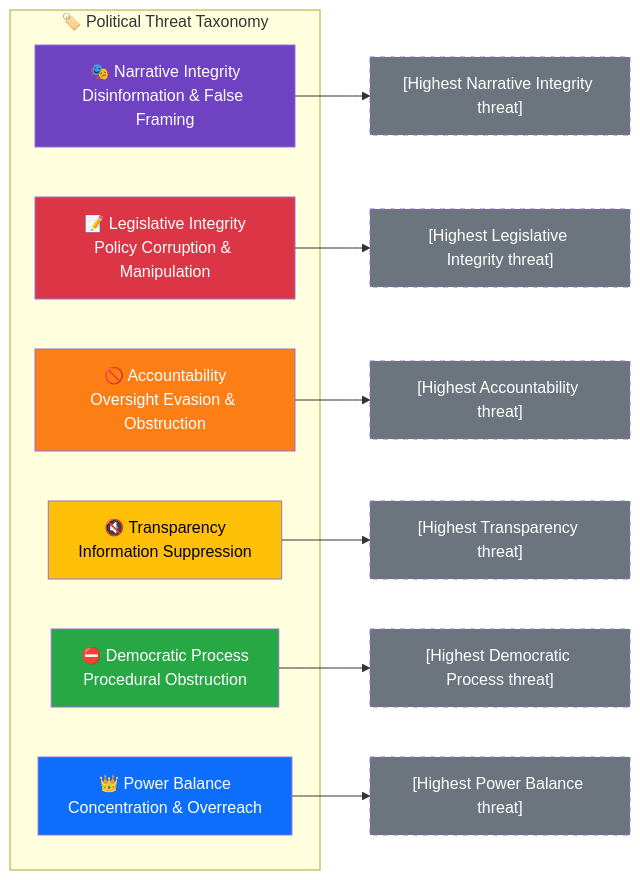
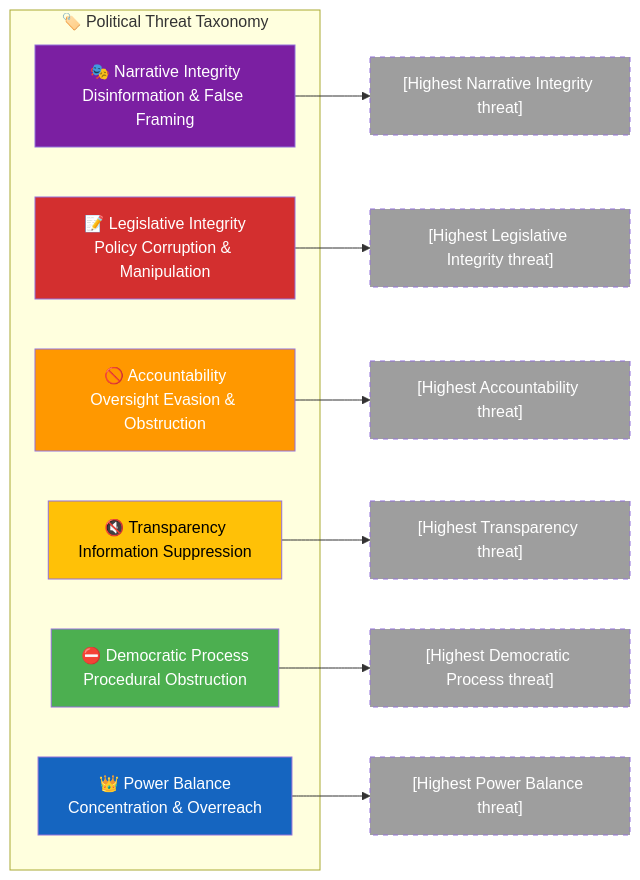
The first of 3 diagrams in analysis/templates/threat-analysis.md (Hack23/riksdagsmonitor), drawn with Mermaid before and after one commit. The commit also changed other lines of this file and 14 other files, not shown here.

First line of the commit message:
Align analysis/ mermaid diagrams with ISMS Style Guide palette and convert SWOT to quadrantChart

````diff
--- a/analysis/templates/threat-analysis.md
+++ b/analysis/templates/threat-analysis.md
@@ -63,32 +63,32 @@
 ```mermaid
 graph LR
     subgraph "🏷️ Political Threat Taxonomy"
         NI["🎭 Narrative Integrity<br/>Disinformation & False Framing"]
         LI["📝 Legislative Integrity<br/>Policy Corruption & Manipulation"]
         AC["🚫 Accountability<br/>Oversight Evasion & Obstruction"]
         TR["🔇 Transparency<br/>Information Suppression"]
         DP["⛔ Democratic Process<br/>Procedural Obstruction"]
         PB["👑 Power Balance<br/>Concentration & Overreach"]
     end
 
     NI --> NI1["[Highest Narrative Integrity threat]"]
     LI --> LI1["[Highest Legislative Integrity threat]"]
     AC --> AC1["[Highest Accountability threat]"]
     TR --> TR1["[Highest Transparency threat]"]
     DP --> DP1["[Highest Democratic Process threat]"]
     PB --> PB1["[Highest Power Balance threat]"]
 
-    style NI fill:#6f42c1,color:#fff
-    style LI fill:#dc3545,color:#fff
-    style AC fill:#fd7e14,color:#fff
-    style TR fill:#ffc107,color:#000
-    style DP fill:#28a745,color:#fff
-    style PB fill:#0d6efd,color:#fff
+    style NI fill:#7B1FA2,color:#FFFFFF
+    style LI fill:#D32F2F,color:#FFFFFF
+    style AC fill:#FF9800,color:#FFFFFF
+    style TR fill:#FFC107,color:#000000
+    style DP fill:#4CAF50,color:#FFFFFF
+    style PB fill:#1565C0,color:#FFFFFF
     %% Threat instance nodes: color by severity (1–5 scale)
-    style NI1 fill:#6c757d,color:#fff,stroke-dasharray: 5 5
-    style LI1 fill:#6c757d,color:#fff,stroke-dasharray: 5 5
-    style AC1 fill:#6c757d,color:#fff,stroke-dasharray: 5 5
-    style TR1 fill:#6c757d,color:#fff,stroke-dasharray: 5 5
-    style DP1 fill:#6c757d,color:#fff,stroke-dasharray: 5 5
-    style PB1 fill:#6c757d,color:#fff,stroke-dasharray: 5 5
+    style NI1 fill:#9E9E9E,color:#FFFFFF,stroke-dasharray: 5 5
+    style LI1 fill:#9E9E9E,color:#FFFFFF,stroke-dasharray: 5 5
+    style AC1 fill:#9E9E9E,color:#FFFFFF,stroke-dasharray: 5 5
+    style TR1 fill:#9E9E9E,color:#FFFFFF,stroke-dasharray: 5 5
+    style DP1 fill:#9E9E9E,color:#FFFFFF,stroke-dasharray: 5 5
+    style PB1 fill:#9E9E9E,color:#FFFFFF,stroke-dasharray: 5 5
 ```
````
